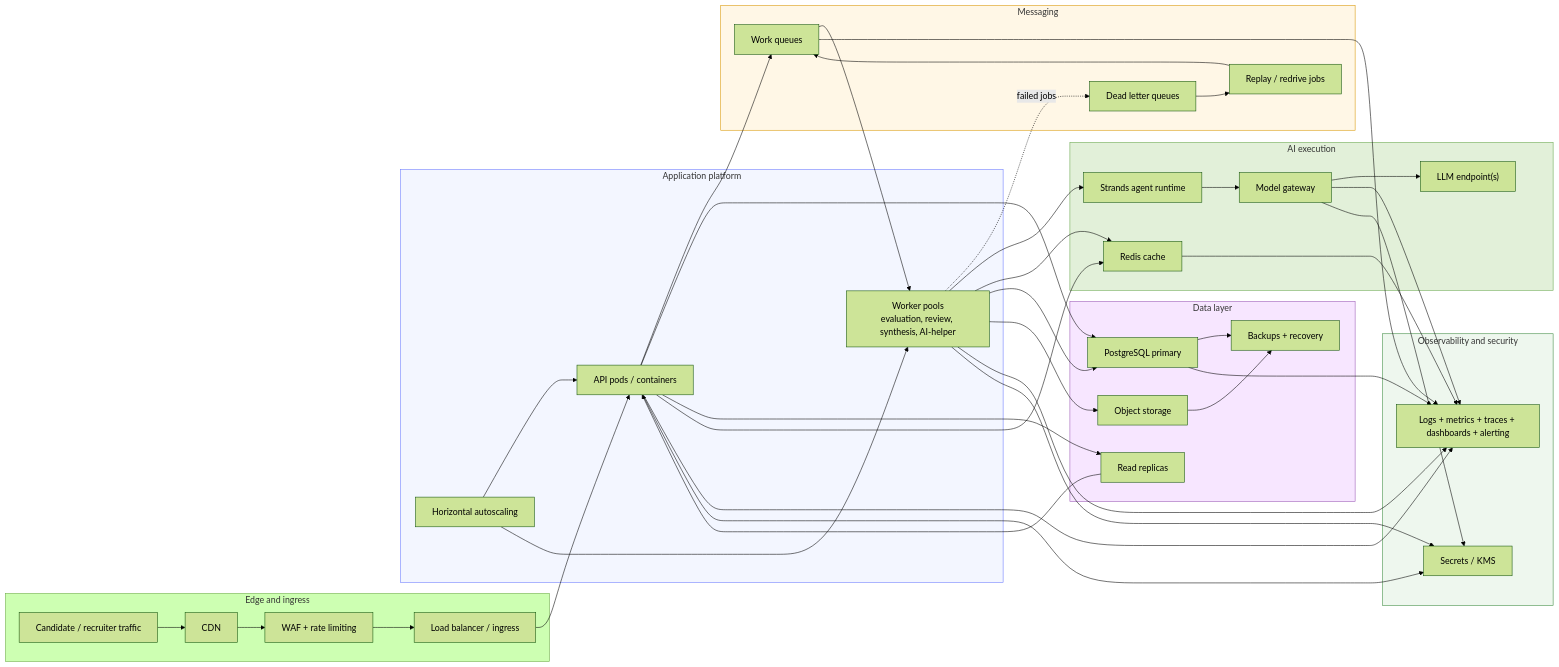
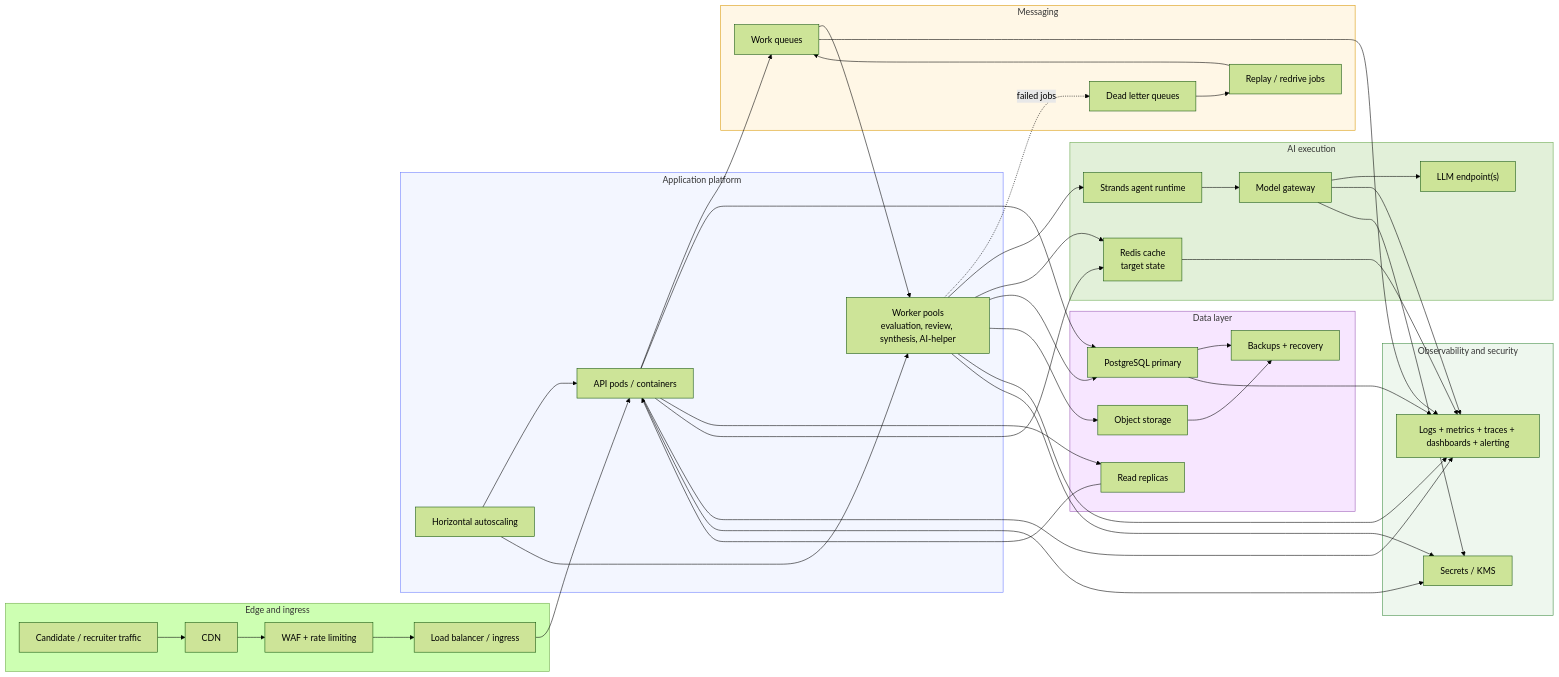
The diagram in mvp-assessment/docs/diagrams/production-deployment-architecture.md (PieterJDSw/cohort10), drawn with Mermaid (forest theme) before and after one commit. The commit also changed other lines of this file and 389 other files, not shown here.

````diff
--- a/mvp-assessment/docs/diagrams/production-deployment-architecture.md
+++ b/mvp-assessment/docs/diagrams/production-deployment-architecture.md
@@ -5,79 +5,79 @@
 ```mermaid
 flowchart LR
     subgraph EDGE["Edge and ingress"]
         USER["Candidate / recruiter traffic"]
         CDN["CDN"]
         WAF["WAF + rate limiting"]
         LB["Load balancer / ingress"]
     end
 
     subgraph PLATFORM["Application platform"]
         API["API pods / containers"]
         WORKERS["Worker pools<br/>evaluation, review, synthesis, AI-helper"]
         AUTOSCALE["Horizontal autoscaling"]
     end
 
     subgraph MESSAGING["Messaging"]
         QUEUES["Work queues"]
         DLQS["Dead letter queues"]
         REPLAY["Replay / redrive jobs"]
     end
 
     subgraph AI["AI execution"]
         AGENTS["Strands agent runtime"]
         MODELGW["Model gateway"]
         LLM["LLM endpoint(s)"]
-        CACHE["Redis cache"]
+        CACHE["Redis cache<br/>target state"]
     end
 
     subgraph DATA["Data layer"]
         DB["PostgreSQL primary"]
         REPLICAS["Read replicas"]
         OBJECTS["Object storage"]
         BACKUP["Backups + recovery"]
     end
 
     subgraph OPS["Observability and security"]
         OBS["Logs + metrics + traces + dashboards + alerting"]
         SECRETS["Secrets / KMS"]
     end
 
     USER --> CDN --> WAF --> LB --> API
     API --> QUEUES
     API --> DB
     API --> REPLICAS
     API --> CACHE
 
     QUEUES --> WORKERS
     WORKERS -. failed jobs .-> DLQS
     DLQS --> REPLAY --> QUEUES
 
     WORKERS --> AGENTS --> MODELGW --> LLM
     WORKERS --> CACHE
     WORKERS --> DB
     WORKERS --> OBJECTS
 
     AUTOSCALE --> API
     AUTOSCALE --> WORKERS
 
     DB --> BACKUP
     OBJECTS --> BACKUP
     REPLICAS --> API
 
     API --> OBS
     WORKERS --> OBS
     QUEUES --> OBS
     DB --> OBS
     CACHE --> OBS
     MODELGW --> OBS
 
     API --> SECRETS
     WORKERS --> SECRETS
     MODELGW --> SECRETS
 
     style PLATFORM fill:#f3f6ff,stroke:#6b7cff,color:#333
     style MESSAGING fill:#fff7e6,stroke:#d99600,color:#333
     style AI fill:#e2f0d9,stroke:#6aa84f,color:#333
     style DATA fill:#f7e6ff,stroke:#9b59b6,color:#333
     style OPS fill:#eef7ee,stroke:#3d8b40,color:#333
 ```
````
